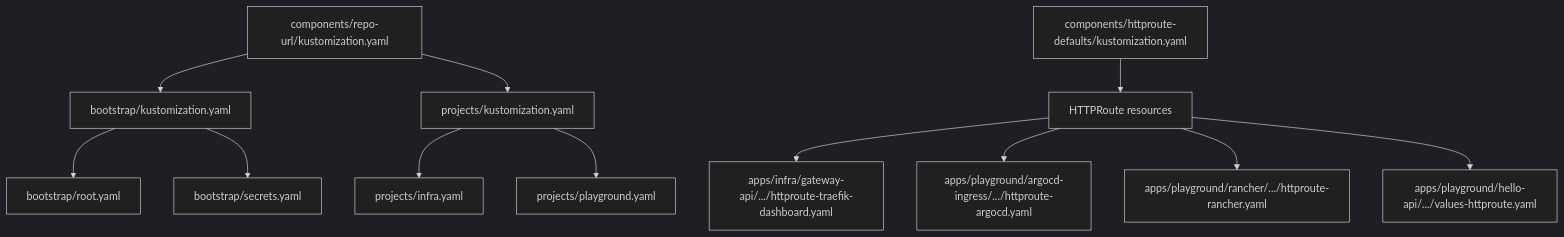
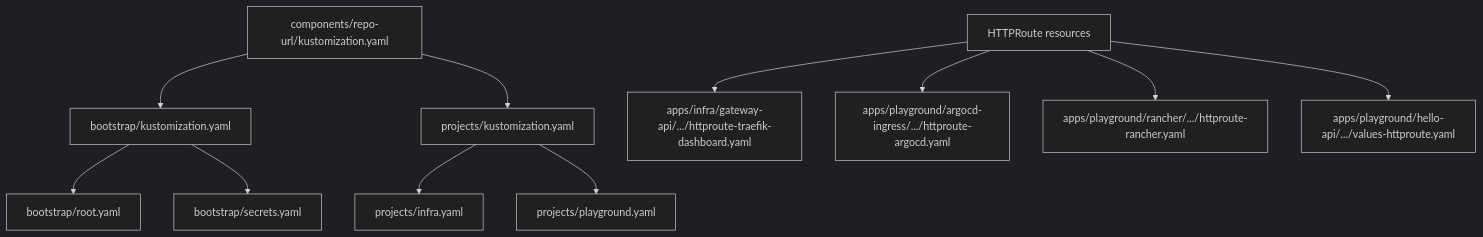
The seventh of 7 diagrams in .qoder/repowiki/en/content/Architecture and Design/Component-Based Design Patterns.md (Hoangvu75/k8s_manifest), drawn with Mermaid (dark theme) before and after one commit. The commit also changed other lines of this file and 15 other files, not shown here.

````diff
--- a/.qoder/repowiki/en/content/Architecture and Design/Component-Based Design Patterns.md
+++ b/.qoder/repowiki/en/content/Architecture and Design/Component-Based Design Patterns.md
@@ -297,14 +252,13 @@
 ```mermaid
 graph TB
 RepoURL["components/repo-url/kustomization.yaml"] --> BootstrapK["bootstrap/kustomization.yaml"]
 RepoURL --> ProjectsK["projects/kustomization.yaml"]
-HTTPDefaults["components/httproute-defaults/kustomization.yaml"] --> HTTPRouteResources["HTTPRoute resources"]
 BootstrapK --> RootApp["bootstrap/root.yaml"]
 BootstrapK --> SecretsApp["bootstrap/secrets.yaml"]
 ProjectsK --> InfraProj["projects/infra.yaml"]
 ProjectsK --> PlaygroundProj["projects/playground.yaml"]
-HTTPRouteResources --> TraefikRoute["apps/infra/gateway-api/.../httproute-traefik-dashboard.yaml"]
+HTTPRouteResources["HTTPRoute resources"] --> TraefikRoute["apps/infra/gateway-api/.../httproute-traefik-dashboard.yaml"]
 HTTPRouteResources --> ArgocdRoute["apps/playground/argocd-ingress/.../httproute-argocd.yaml"]
 HTTPRouteResources --> RancherRoute["apps/playground/rancher/.../httproute-rancher.yaml"]
 HTTPRouteResources --> HelloAPIRoute["apps/playground/hello-api/.../values-httproute.yaml"]
 ```
````
